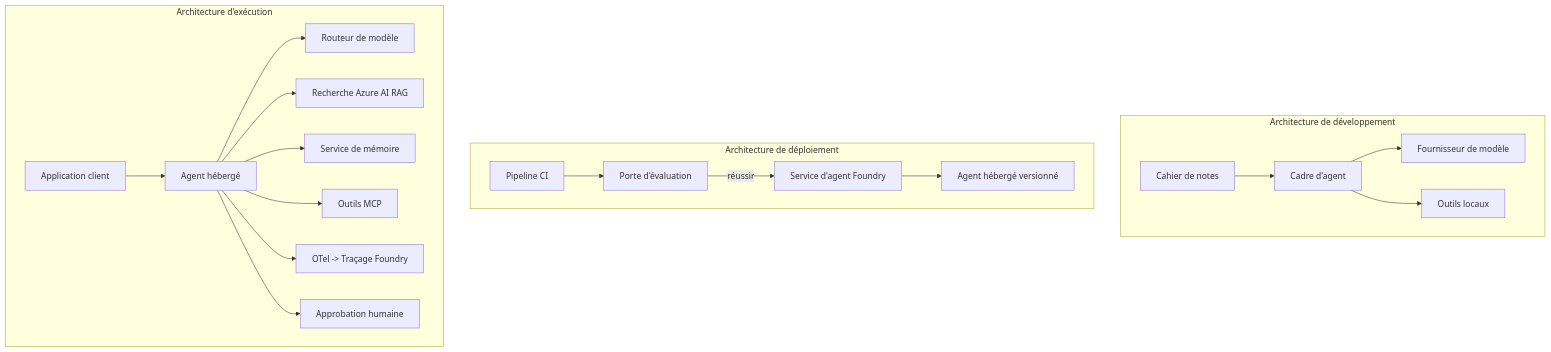
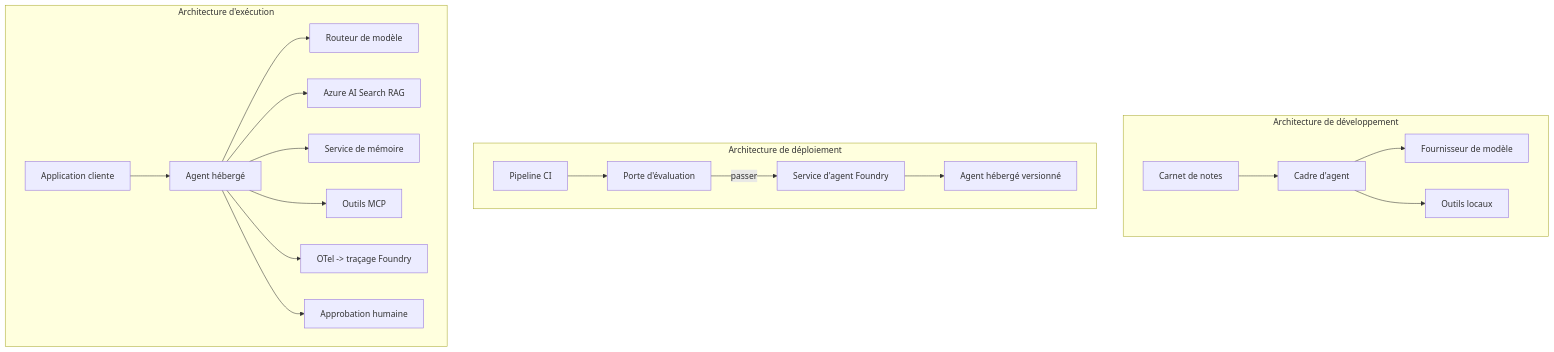
Before and after one commit to gabrielmoreira/agent-skills-mirror: the fourth of 4 diagrams in mirrors/repos/microsoft@ai-agents-for-beginners/translations/fr/16-deploying-scalable-agents/README.md, drawn with Mermaid. The commit also changed other lines of this file and 4262 other files, not shown here.

````diff
--- a/mirrors/repos/microsoft@ai-agents-for-beginners/translations/fr/16-deploying-scalable-agents/README.md
+++ b/mirrors/repos/microsoft@ai-agents-for-beginners/translations/fr/16-deploying-scalable-agents/README.md
@@ -185,22 +185,22 @@
 ```mermaid
 flowchart TB
     subgraph Dev[Architecture de développement]
-        D1[Cahier de notes] --> D2[Cadre d'agent]
+        D1[Carnet de notes] --> D2[Cadre d'agent]
         D2 --> D3[Fournisseur de modèle]
         D2 --> D4[Outils locaux]
     end
     subgraph Deploy[Architecture de déploiement]
         E1[Pipeline CI] --> E2[Porte d'évaluation]
-        E2 -->|réussir| E3[Service d'agent Foundry]
+        E2 -->|passer| E3[Service d'agent Foundry]
         E3 --> E4[Agent hébergé versionné]
     end
     subgraph Run[Architecture d'exécution]
-        F1[Application client] --> F2[Agent hébergé]
+        F1[Application cliente] --> F2[Agent hébergé]
         F2 --> F3[Routeur de modèle]
-        F2 --> F4[Recherche Azure AI RAG]
+        F2 --> F4[Azure AI Search RAG]
         F2 --> F5[Service de mémoire]
         F2 --> F6[Outils MCP]
-        F2 --> F7[OTel -> Traçage Foundry]
+        F2 --> F7[OTel -> traçage Foundry]
         F2 --> F8[Approbation humaine]
     end
 ```
````
